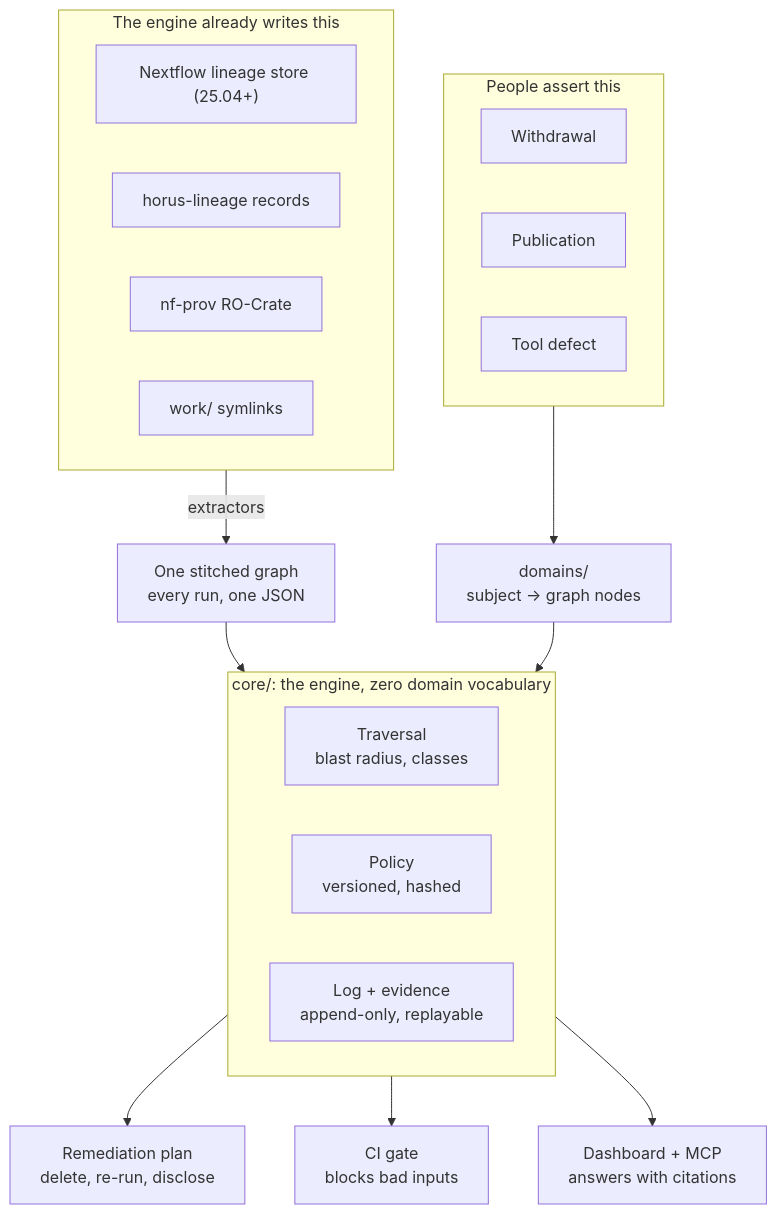
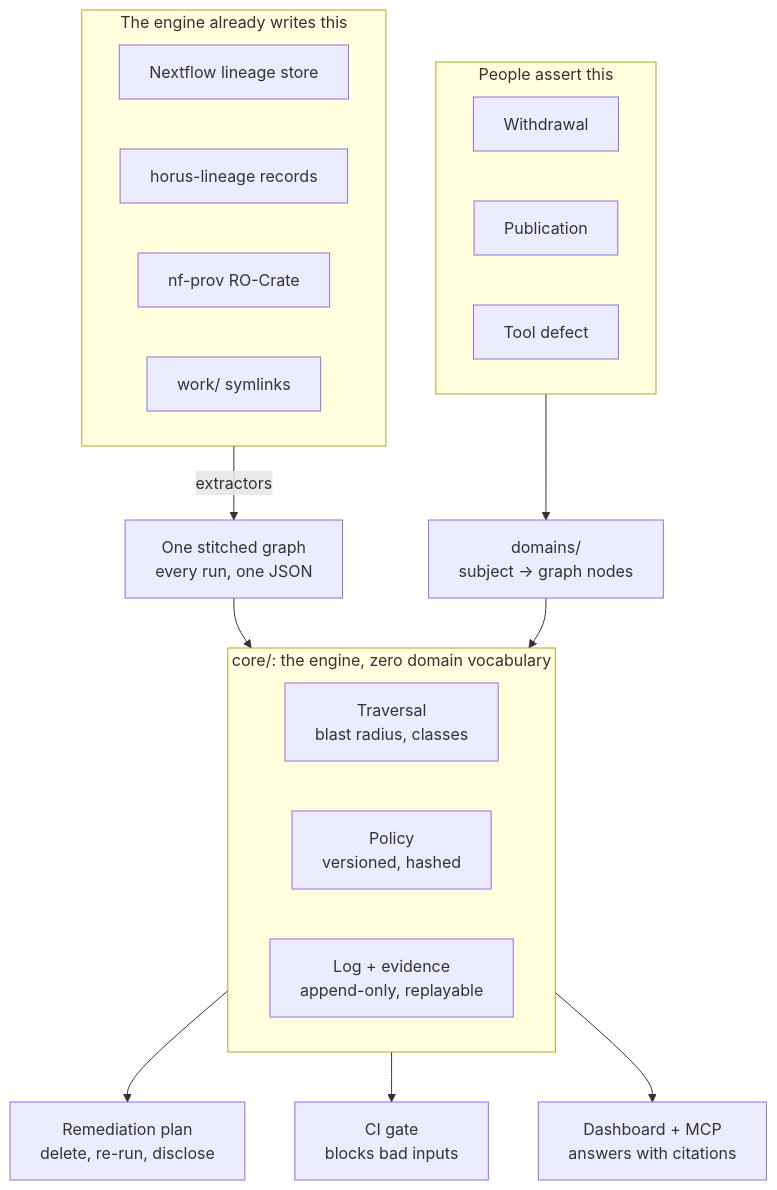
The diagram in docs/architecture.md (QuietFlare/clew), drawn with Mermaid before and after one commit. The commit also changed 12 other files, not shown here.

Commit message:
Add the graph contract and a DNAnexus extractor

````diff
--- a/docs/architecture.md
+++ b/docs/architecture.md
@@ -9,26 +9,26 @@
 ```mermaid
 flowchart TB
     subgraph ENG["The engine already writes this"]
-        LS["Nextflow lineage store (25.04+)"]
+        LS["Nextflow lineage store"]
         HL["horus-lineage records"]
         RC["nf-prov RO-Crate"]
         WS["work/ symlinks"]
     end
     subgraph PA["People assert this"]
         W["Withdrawal"]
         P["Publication"]
         D["Tool defect"]
     end
     subgraph CORE["core/: the engine, zero domain vocabulary"]
         T["Traversal<br/>blast radius, classes"]
         POL["Policy<br/>versioned, hashed"]
         LOG["Log + evidence<br/>append-only, replayable"]
     end
     ENG -- extractors --> G["One stitched graph<br/>every run, one JSON"]
     PA --> DOM["domains/<br/>subject &rarr; graph nodes"]
     G --> CORE
     DOM --> CORE
     CORE --> PLAN["Remediation plan<br/>delete, re-run, disclose"]
     CORE --> GATE["CI gate<br/>blocks bad inputs"]
     CORE --> AUD["Dashboard + MCP<br/>answers with citations"]
 ```
````
